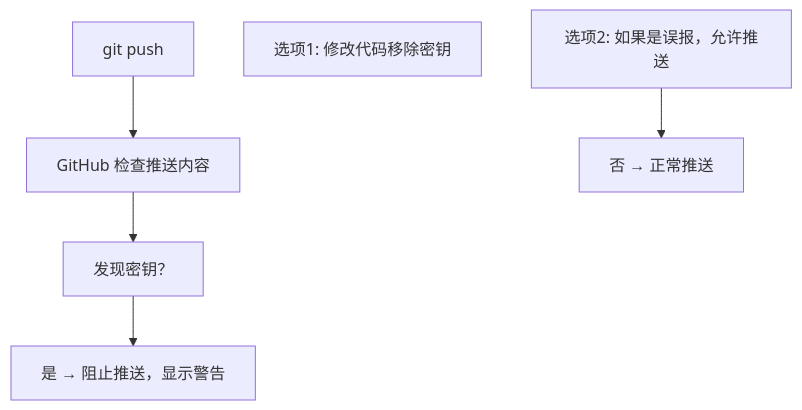
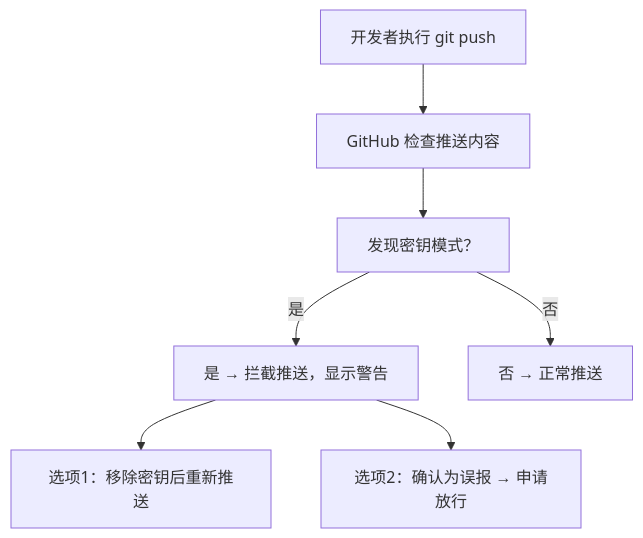
Before and after one commit to complexInG/FANDEX: the diagram in cnt-content/full/004-github/018-SecretScanning.md, drawn with Mermaid. The commit also changed other lines of this file and 219 other files, not shown here.

````diff
--- a/cnt-content/full/004-github/018-SecretScanning.md
+++ b/cnt-content/full/004-github/018-SecretScanning.md
@@ -55,14 +119,16 @@
 ```mermaid
 flowchart TD
-    T0["git push"]
+    T0["开发者执行 git push"]
     T1["GitHub 检查推送内容"]
-    T2["发现密钥？"]
-    T3["是 → 阻止推送，显示警告"]
-    T4["选项1: 修改代码移除密钥"]
-    T5["选项2: 如果是误报，允许推送"]
+    T2["发现密钥模式？"]
+    T3["是 → 拦截推送，显示警告"]
+    T4["选项1：移除密钥后重新推送"]
+    T5["选项2：确认为误报 → 申请放行"]
     T6["否 → 正常推送"]
     T0 --> T1
     T1 --> T2
-    T2 --> T3
-    T5 --> T6
+    T2 -->|是| T3
+    T3 --> T4
+    T3 --> T5
+    T2 -->|否| T6
 ```
````
